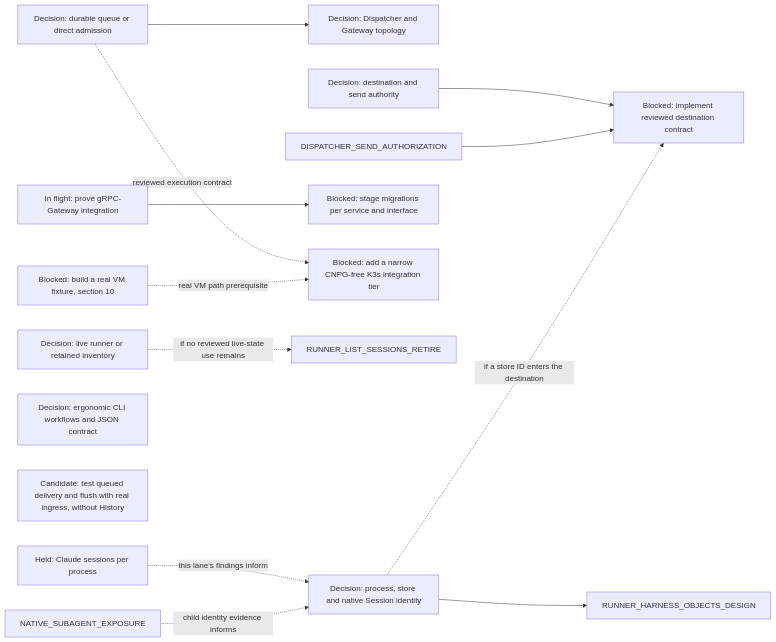
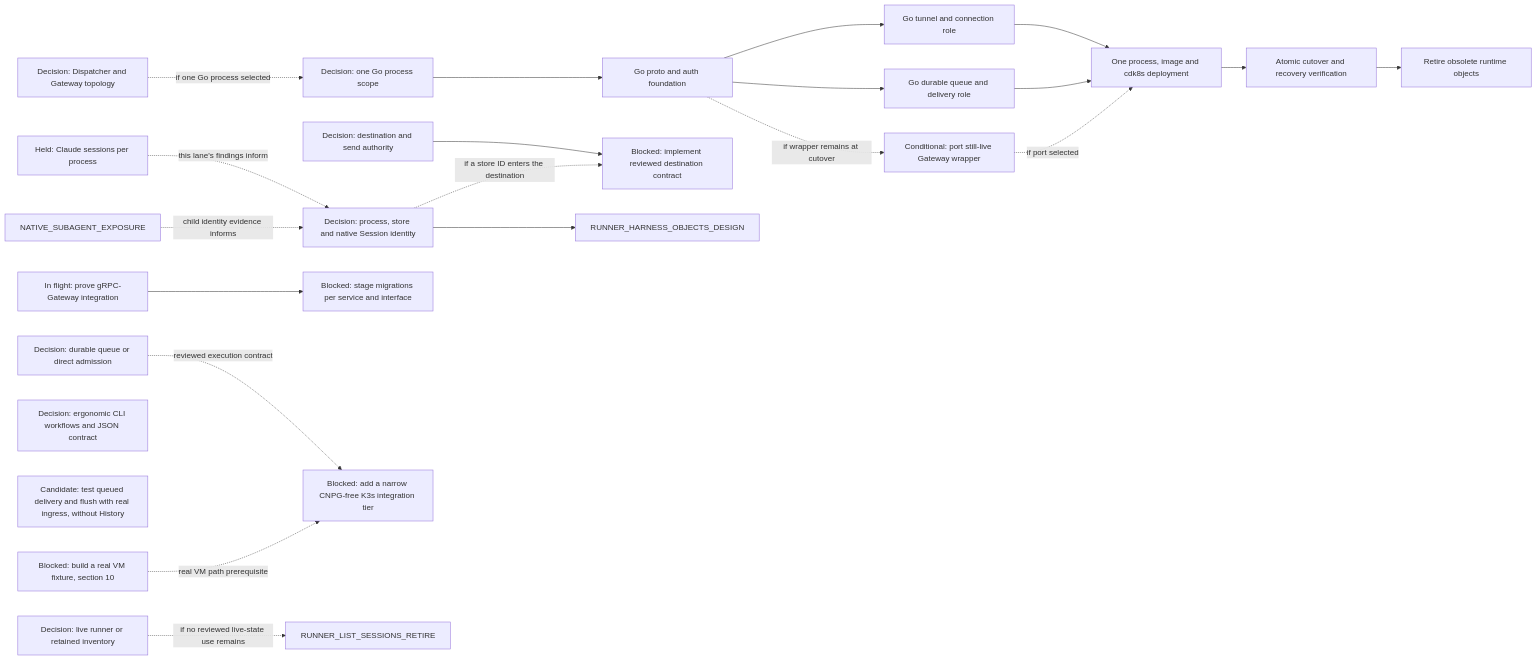
One commit to agentydragon-agent/ducktape changed diagram 17 of 17 in agentplane/plans/task_dag.md. Above: the diagram before and after it, drawn with Mermaid. The commit also changed other lines of this file and 1 other file, not shown here.

````diff
--- a/agentplane/plans/task_dag.md
+++ b/agentplane/plans/task_dag.md
@@ -1494,27 +1492,43 @@
 ```mermaid
 flowchart LR
     DISPATCHER_PERSISTENCE_MODEL_DESIGN[Decision: durable queue or direct admission]
     DISPATCHER_GATEWAY_TOPOLOGY_DESIGN[Decision: Dispatcher and Gateway topology]
+    DELIVERY_UNIFICATION_SCOPE_DECISION[Decision: one Go process scope]
+    DELIVERY_GO_PROTOCOL_AUTH[Go proto and auth foundation]
+    DELIVERY_GO_GATEWAY[Go tunnel and connection role]
+    DELIVERY_GO_DISPATCHER[Go durable queue and delivery role]
+    DELIVERY_GO_LEGACY_WRAPPER[Conditional: port still-live Gateway wrapper]
+    DELIVERY_GO_INTEGRATION[One process, image and cdk8s deployment]
+    DELIVERY_UNIFIED_CUTOVER[Atomic cutover and recovery verification]
+    DELIVERY_OLD_RUNTIME_RETIRE[Retire obsolete runtime objects]
     RUNNER_INVENTORY_AUTHORITY_DESIGN[Decision: live runner or retained inventory]
     DELIVERY_DESTINATION_AUTHORITY_DESIGN[Decision: destination and send authority]
     DELIVERY_DESTINATION_CONTRACT[Blocked: implement reviewed destination contract]
     CLAUDE_STREAM_SESSION_MULTIPLEXING[Held: Claude sessions per process]
     HARNESS_IDENTITY_DESIGN[Decision: process, store and native Session identity]
     HTTP_JSON_FACADE_TOOLING_SPIKE[In flight: prove gRPC-Gateway integration]
     SERVICE_API_TRANSPORT_MIGRATIONS[Blocked: stage migrations per service and interface]
     AGENT_API_TOOLING_DESIGN[Decision: ergonomic CLI workflows and JSON contract]
     RUNNER_DELIVERY_INGRESS_ACCEPTANCE[Candidate: test queued delivery and flush with real ingress, without History]
     CNPG_FREE_K3S_INTEGRATION_TIER[Blocked: add a narrow CNPG-free K3s integration tier]
     K3S_VM_IMAGE[Blocked: build a real VM fixture, section 10]
-    DISPATCHER_PERSISTENCE_MODEL_DESIGN --> DISPATCHER_GATEWAY_TOPOLOGY_DESIGN
+    DISPATCHER_GATEWAY_TOPOLOGY_DESIGN -. if one Go process selected .-> DELIVERY_UNIFICATION_SCOPE_DECISION
+    DELIVERY_UNIFICATION_SCOPE_DECISION --> DELIVERY_GO_PROTOCOL_AUTH
+    DELIVERY_GO_PROTOCOL_AUTH --> DELIVERY_GO_GATEWAY
+    DELIVERY_GO_PROTOCOL_AUTH --> DELIVERY_GO_DISPATCHER
+    DELIVERY_GO_PROTOCOL_AUTH -. if wrapper remains at cutover .-> DELIVERY_GO_LEGACY_WRAPPER
+    DELIVERY_GO_GATEWAY --> DELIVERY_GO_INTEGRATION
+    DELIVERY_GO_DISPATCHER --> DELIVERY_GO_INTEGRATION
+    DELIVERY_GO_LEGACY_WRAPPER -. if port selected .-> DELIVERY_GO_INTEGRATION
+    DELIVERY_GO_INTEGRATION --> DELIVERY_UNIFIED_CUTOVER
+    DELIVERY_UNIFIED_CUTOVER --> DELIVERY_OLD_RUNTIME_RETIRE
     RUNNER_INVENTORY_AUTHORITY_DESIGN -. if no reviewed live-state use remains .-> RUNNER_LIST_SESSIONS_RETIRE
     DELIVERY_DESTINATION_AUTHORITY_DESIGN --> DELIVERY_DESTINATION_CONTRACT
-    DISPATCHER_SEND_AUTHORIZATION --> DELIVERY_DESTINATION_CONTRACT
     HARNESS_IDENTITY_DESIGN -. if a store ID enters the destination .-> DELIVERY_DESTINATION_CONTRACT
     CLAUDE_STREAM_SESSION_MULTIPLEXING -. this lane's findings inform .-> HARNESS_IDENTITY_DESIGN
     NATIVE_SUBAGENT_EXPOSURE -. child identity evidence informs .-> HARNESS_IDENTITY_DESIGN
     HARNESS_IDENTITY_DESIGN --> RUNNER_HARNESS_OBJECTS_DESIGN
     HTTP_JSON_FACADE_TOOLING_SPIKE --> SERVICE_API_TRANSPORT_MIGRATIONS
     DISPATCHER_PERSISTENCE_MODEL_DESIGN -. reviewed execution contract .-> CNPG_FREE_K3S_INTEGRATION_TIER
     K3S_VM_IMAGE -. real VM path prerequisite .-> CNPG_FREE_K3S_INTEGRATION_TIER
 ```
````
